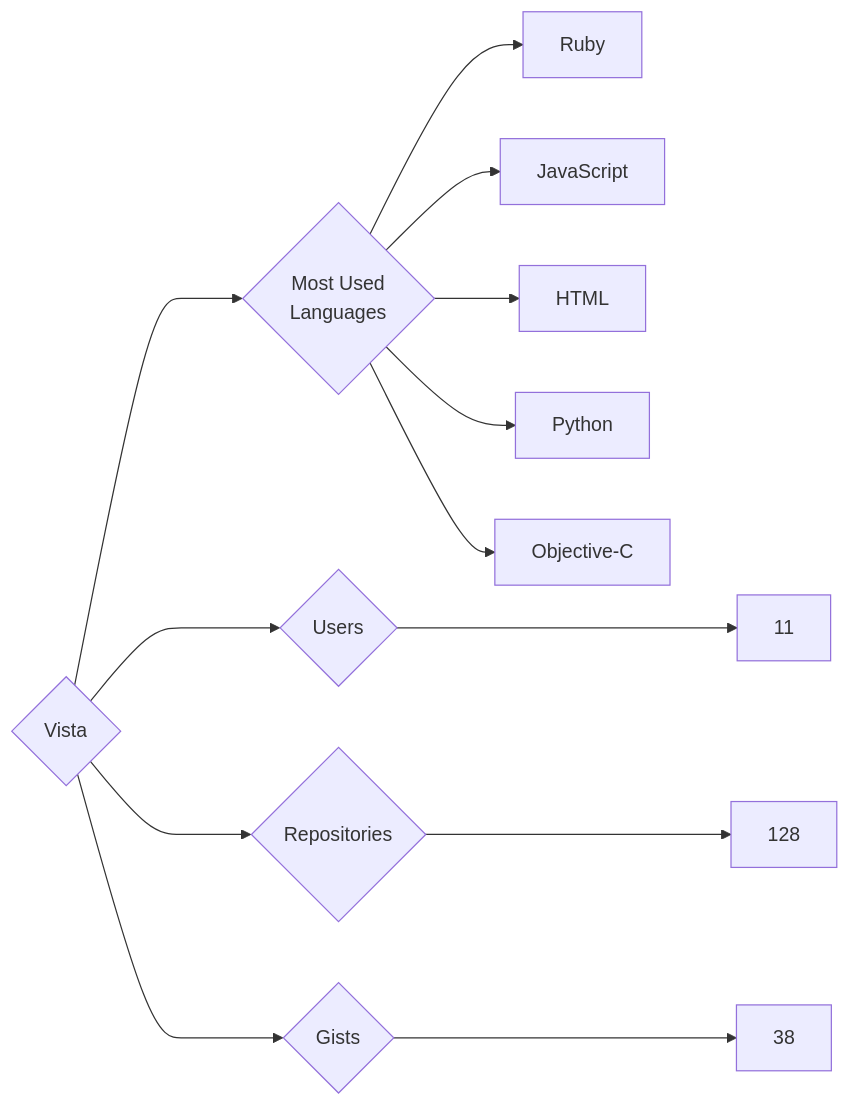
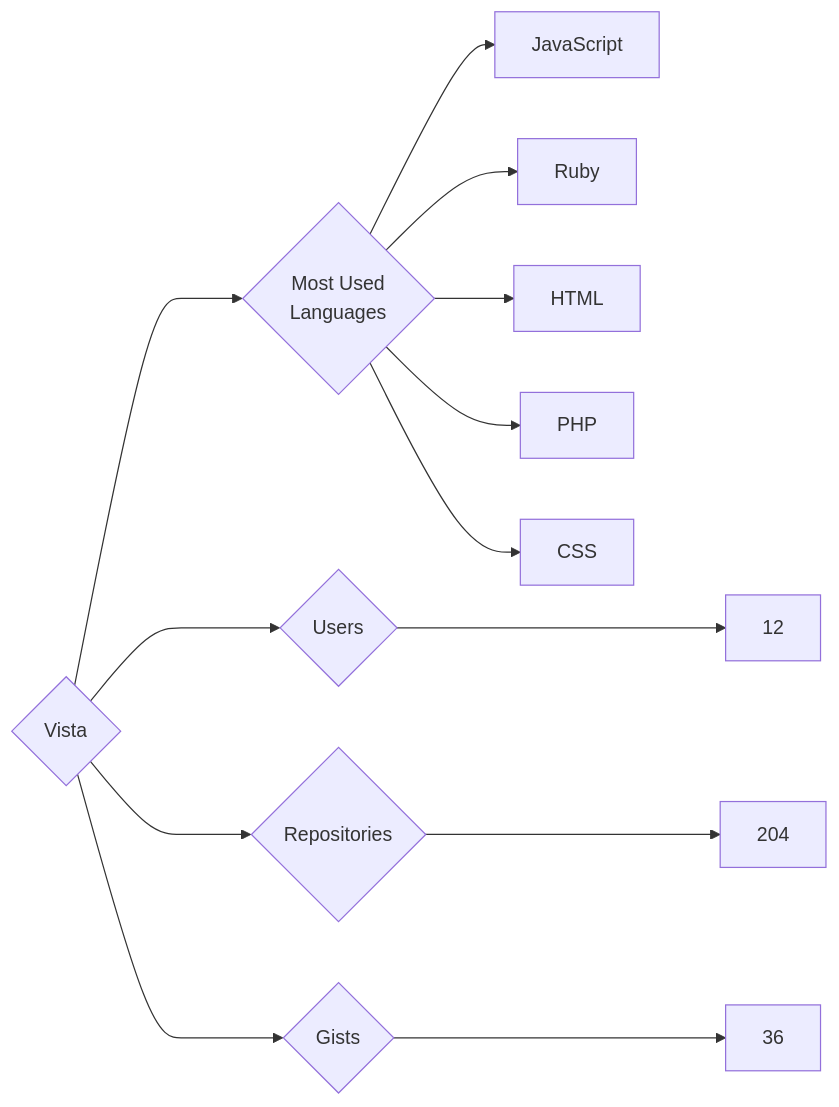
Before and after one commit to trickest/insiders: the diagram in targets/Vista/README.md, drawn with Mermaid. The commit also changed 839 other files, not shown here.

````diff
--- a/targets/Vista/README.md
+++ b/targets/Vista/README.md
@@ -3,13 +3,13 @@
 ```mermaid
 graph LR
 COMPANY_NAME{Vista}
-COMPANY_NAME ---> U{Users} ---> UN[11]
-COMPANY_NAME ---> R{Repositories} ---> RN[128]
-COMPANY_NAME ---> G{Gists} ---> GN[38]
+COMPANY_NAME ---> U{Users} ---> UN[12]
+COMPANY_NAME ---> R{Repositories} ---> RN[204]
+COMPANY_NAME ---> G{Gists} ---> GN[36]
 COMPANY_NAME ---> ML{Most Used<br>Languages}
+ML --> JavaScript[JavaScript]
 ML --> Ruby[Ruby]
-ML --> JavaScript[JavaScript]
 ML --> HTML[HTML]
-ML --> Python[Python]
-ML --> Objective-C[Objective-C]
+ML --> PHP[PHP]
+ML --> CSS[CSS]
 ```
````
